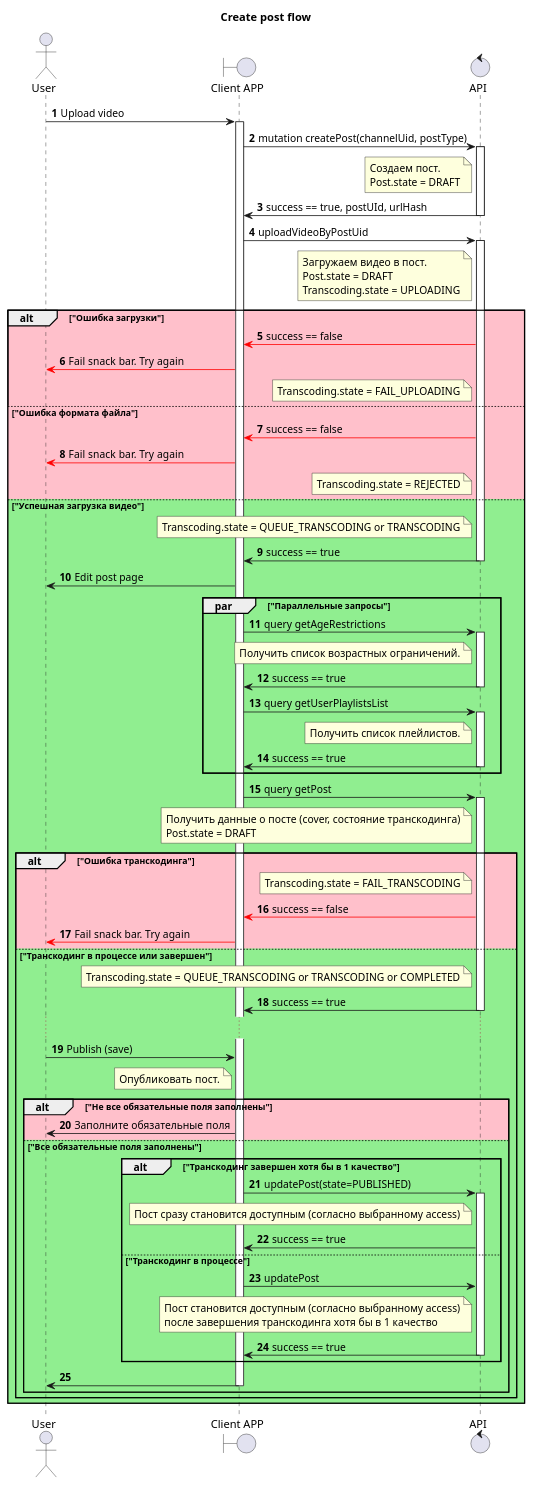
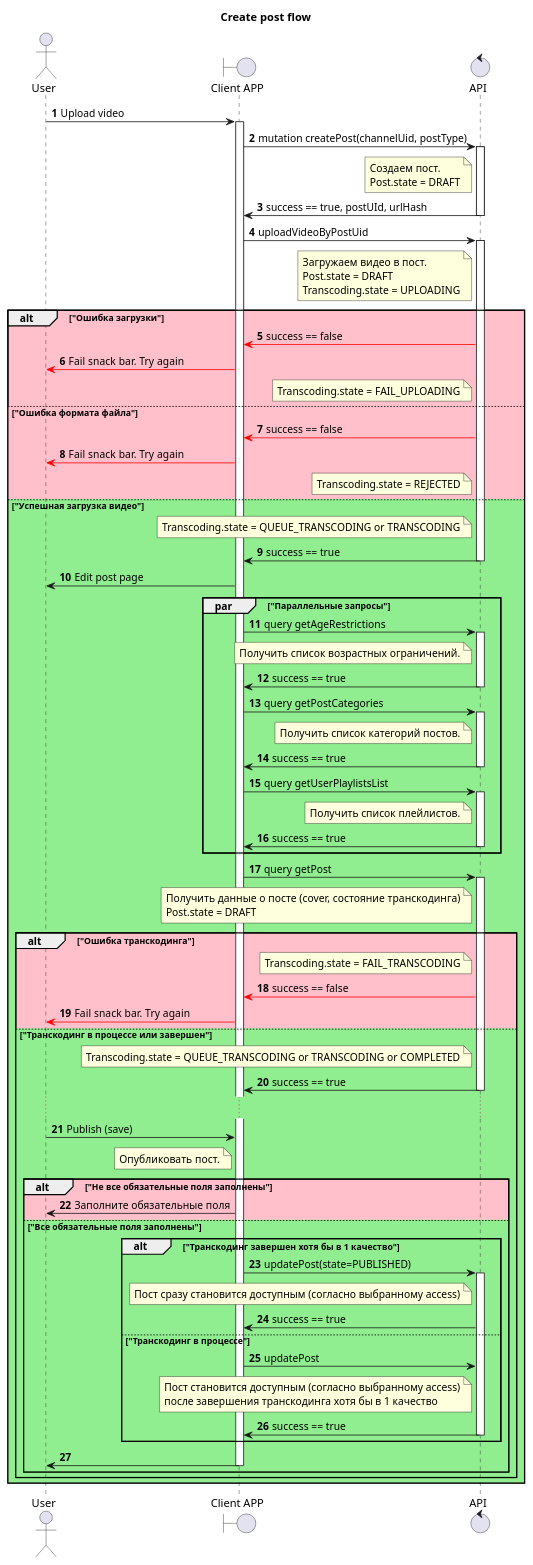
The diagram in schemas/create_post.puml (algruwork/work), drawn with PlantUML before and after one commit. The commit also changed 2 other files, not shown here.

Commit message:
create post flow fixes

```diff
--- a/schemas/create_post.puml
+++ b/schemas/create_post.puml
@@ -1,117 +1,125 @@
 @startuml
 'https://plantuml.com/sequence-diagram
 
 title "Create post flow"
 actor User as U
 boundary "Client APP" as GUI
 control "API" as A
 
 autonumber
 
 U -> GUI: Upload video
 activate GUI
 GUI -> A: mutation createPost(channelUid, postType)
 activate A
 note left A
 Создаем пост.
 Post.state = DRAFT
 end note
 A -> GUI: success == true, postUId, urlHash
 deactivate A
 
 GUI -> A: uploadVideoByPostUid
 activate A
 note left A
 Загружаем видео в пост.
 Post.state = DRAFT
 Transcoding.state = UPLOADING
 end note
 alt #Pink "Ошибка загрузки"
 A -[#Red]> GUI: success == false
 GUI -[#Red]> U: Fail snack bar. Try again
 note left A
 Transcoding.state = FAIL_UPLOADING
 end note
 else  #Pink "Ошибка формата файла"
 A -[#Red]> GUI: success == false
 GUI -[#Red]> U: Fail snack bar. Try again
 note left A
 Transcoding.state = REJECTED
 end note
 else #LightGreen "Успешная загрузка видео"
 note left A
 Transcoding.state = QUEUE_TRANSCODING or TRANSCODING
 end note
 A -> GUI: success == true
 deactivate A
 GUI -> U: Edit post page
 
 par "Параллельные запросы"
 GUI -> A: query getAgeRestrictions
 activate A
 note left A
 Получить список возрастных ограничений.
+end note
+A -> GUI: success == true
+deactivate A
+
+GUI -> A: query getPostCategories
+activate A
+note left A
+Получить список категорий постов.
 end note
 A -> GUI: success == true
 deactivate A
 
 GUI -> A: query getUserPlaylistsList
 activate A
 note left A
 Получить список плейлистов.
 end note
 A -> GUI: success == true
 deactivate A
 end par
 
 
 GUI -> A: query getPost
 activate A
 note left A
 Получить данные о посте (cover, состояние транскодинга)
 Post.state = DRAFT
 end note
 
 alt #Pink "Ошибка транскодинга"
 note left A
 Transcoding.state = FAIL_TRANSCODING
 end note
 A -[#Red]> GUI: success == false
 GUI -[#Red]> U: Fail snack bar. Try again
 else #LightGreen "Транскодинг в процессе или завершен"
 note left A
 Transcoding.state = QUEUE_TRANSCODING or TRANSCODING or COMPLETED
 end note
 A -> GUI: success == true
 deactivate A
 ...
 
 U -> GUI: Publish (save)
 note left GUI
 Опубликовать пост.
 end note
 alt #Pink "Не все обязательные поля заполнены"
 GUI -> U: Заполните обязательные поля
 else #LightGreen "Все обязательные поля заполнены"
 alt "Транскодинг завершен хотя бы в 1 качество"
 GUI -> A: updatePost(state=PUBLISHED)
 activate A
 note left A
 Пост сразу становится доступным (согласно выбранному access)
 end note
 A -> GUI: success == true
 else "Транскодинг в процессе"
 GUI -> A: updatePost
 note left A
 Пост становится доступным (согласно выбранному access)
 после завершения транскодинга хотя бы в 1 качество
 end note
 A -> GUI: success == true
 deactivate A
 end
 GUI -> U:
 deactivate GUI
 end
 end alt
 end alt
 @enduml
```
